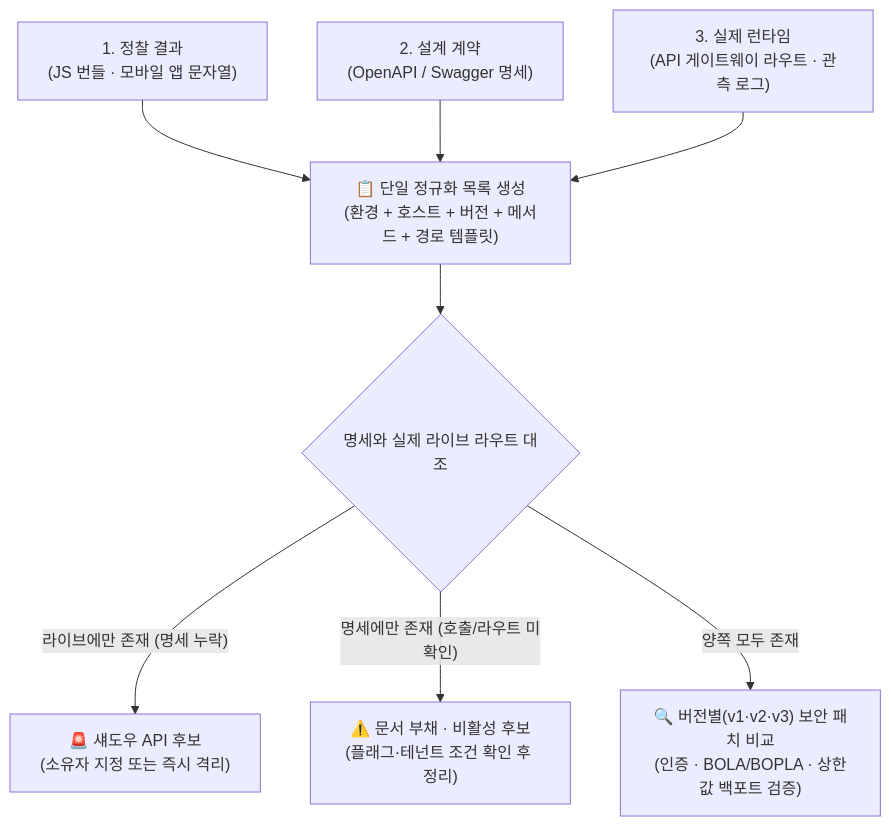
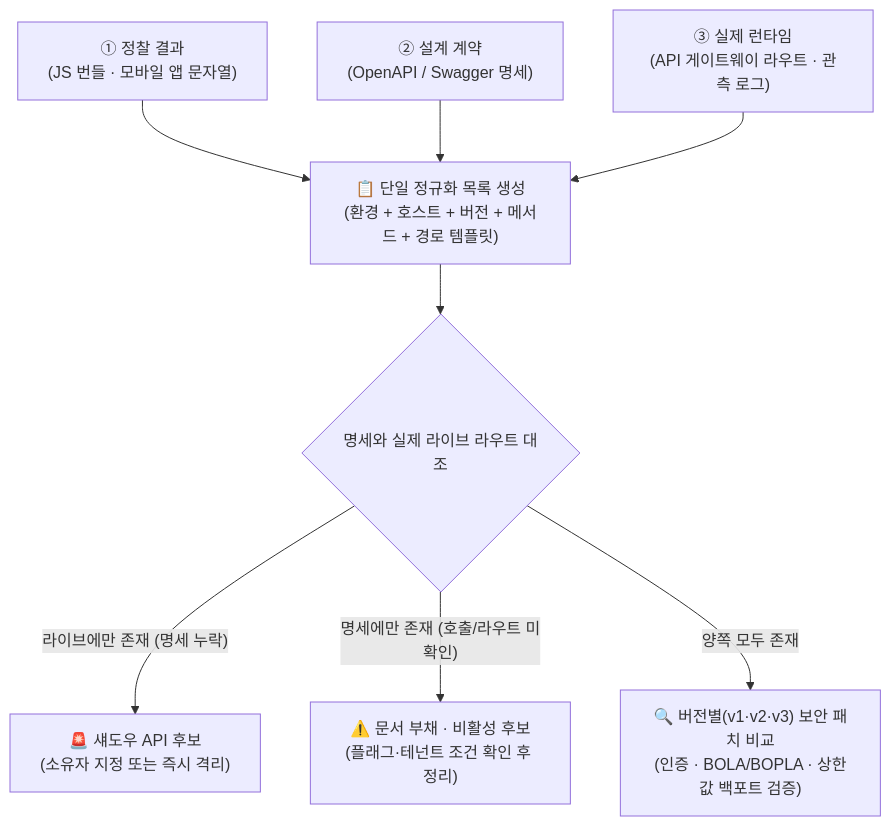
Before and after one commit to gooyong-sec/gooyong-sec.github.io: the diagram in content/웹취약점/웹 취약점 진단 — 레거시·섀도우 API 자산 인벤토리(API9).md, drawn with Mermaid. The commit also changed 28 other files, not shown here.

First line of the commit message:
fix: eliminate remaining mermaid markdown-list misparse across all diagrams

````diff
--- a/content/웹취약점/웹 취약점 진단 — 레거시·섀도우 API 자산 인벤토리(API9).md
+++ b/content/웹취약점/웹 취약점 진단 — 레거시·섀도우 API 자산 인벤토리(API9).md
@@ -21,10 +21,10 @@
 ```mermaid
 flowchart TD
-    A["1. 정찰 결과<br/>(JS 번들 · 모바일 앱 문자열)"] --> D["📋 단일 정규화 목록 생성<br/>(환경 + 호스트 + 버전 + 메서드 + 경로 템플릿)"]
-    B["2. 설계 계약<br/>(OpenAPI / Swagger 명세)"] --> D
-    C["3. 실제 런타임<br/>(API 게이트웨이 라우트 · 관측 로그)"] --> D
+    A["① 정찰 결과<br/>(JS 번들 · 모바일 앱 문자열)"] --> D["📋 단일 정규화 목록 생성<br/>(환경 + 호스트 + 버전 + 메서드 + 경로 템플릿)"]
+    B["② 설계 계약<br/>(OpenAPI / Swagger 명세)"] --> D
+    C["③ 실제 런타임<br/>(API 게이트웨이 라우트 · 관측 로그)"] --> D
     D --> E{"명세와 실제 라이브 라우트 대조"}
     E -->|"라이브에만 존재 (명세 누락)"| F["🚨 섀도우 API 후보<br/>(소유자 지정 또는 즉시 격리)"]
     E -->|"명세에만 존재 (호출/라우트 미확인)"| G["⚠️ 문서 부채 · 비활성 후보<br/>(플래그·테넌트 조건 확인 후 정리)"]
     E -->|"양쪽 모두 존재"| H["🔍 버전별(v1·v2·v3) 보안 패치 비교<br/>(인증 · BOLA/BOPLA · 상한값 백포트 검증)"]
 ```
````
